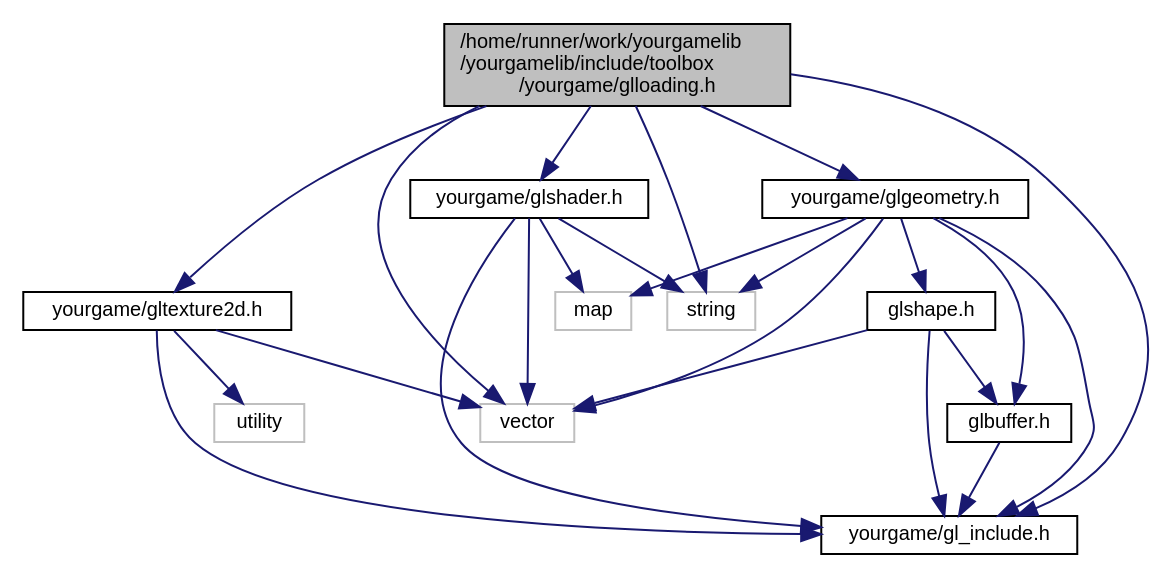
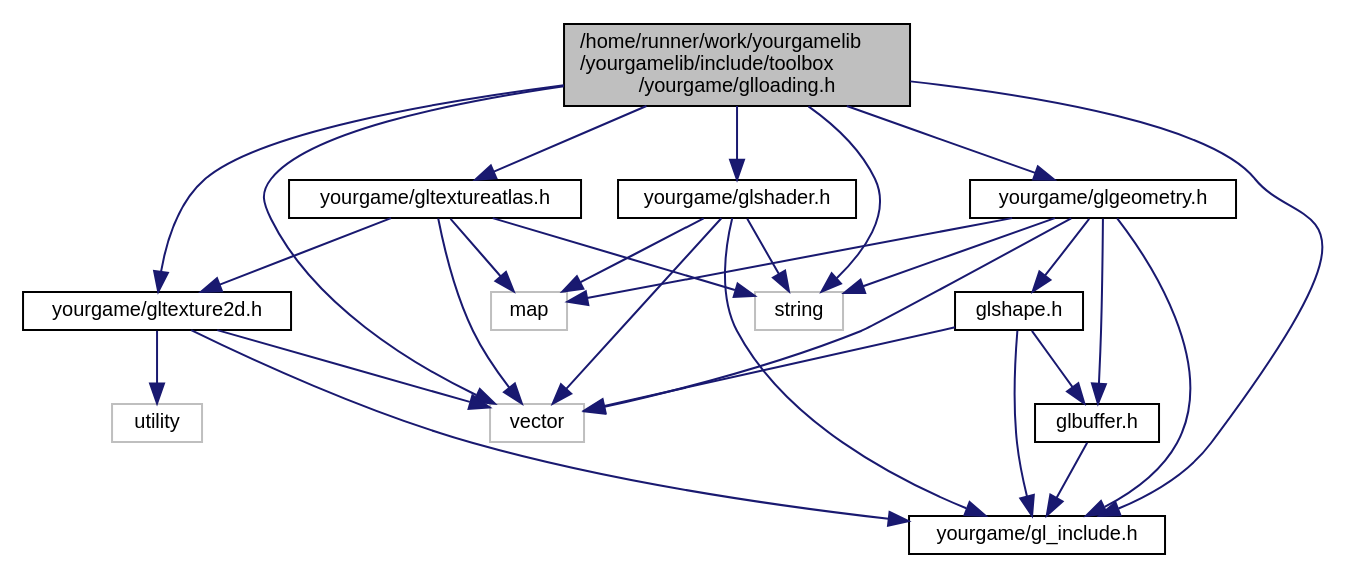
Before and after one commit to duddel/yourgamelib: the diagram in glloading_8h__incl.dot, drawn with Graphviz. The commit also changed 67 other files, not shown here.

```diff
--- a/glloading_8h__incl.dot
+++ b/glloading_8h__incl.dot
@@ -1,39 +1,45 @@
 digraph "/home/runner/work/yourgamelib/yourgamelib/include/toolbox/yourgame/glloading.h"
 {
   edge [fontname="Helvetica",fontsize="10",labelfontname="Helvetica",labelfontsize="10"];
   node [fontname="Helvetica",fontsize="10",shape=record];
   Node0 [label="/home/runner/work/yourgamelib\l/yourgamelib/include/toolbox\l/yourgame/glloading.h",height=0.2,width=0.4,color="black", fillcolor="grey75", style="filled", fontcolor="black"];
   Node0 -> Node1 [color="midnightblue",fontsize="10",style="solid",fontname="Helvetica"];
   Node1 [label="string",height=0.2,width=0.4,color="grey75", fillcolor="white", style="filled"];
   Node0 -> Node2 [color="midnightblue",fontsize="10",style="solid",fontname="Helvetica"];
   Node2 [label="vector",height=0.2,width=0.4,color="grey75", fillcolor="white", style="filled"];
   Node0 -> Node3 [color="midnightblue",fontsize="10",style="solid",fontname="Helvetica"];
   Node3 [label="yourgame/gl_include.h",height=0.2,width=0.4,color="black", fillcolor="white", style="filled",URL="$gl__include_8h.html"];
   Node0 -> Node4 [color="midnightblue",fontsize="10",style="solid",fontname="Helvetica"];
   Node4 [label="yourgame/glgeometry.h",height=0.2,width=0.4,color="black", fillcolor="white", style="filled",URL="$glgeometry_8h.html"];
   Node4 -> Node1 [color="midnightblue",fontsize="10",style="solid",fontname="Helvetica"];
   Node4 -> Node5 [color="midnightblue",fontsize="10",style="solid",fontname="Helvetica"];
   Node5 [label="map",height=0.2,width=0.4,color="grey75", fillcolor="white", style="filled"];
   Node4 -> Node2 [color="midnightblue",fontsize="10",style="solid",fontname="Helvetica"];
   Node4 -> Node3 [color="midnightblue",fontsize="10",style="solid",fontname="Helvetica"];
   Node4 -> Node6 [color="midnightblue",fontsize="10",style="solid",fontname="Helvetica"];
   Node6 [label="glbuffer.h",height=0.2,width=0.4,color="black", fillcolor="white", style="filled",URL="$glbuffer_8h.html"];
   Node6 -> Node3 [color="midnightblue",fontsize="10",style="solid",fontname="Helvetica"];
   Node4 -> Node7 [color="midnightblue",fontsize="10",style="solid",fontname="Helvetica"];
   Node7 [label="glshape.h",height=0.2,width=0.4,color="black", fillcolor="white", style="filled",URL="$glshape_8h.html"];
   Node7 -> Node2 [color="midnightblue",fontsize="10",style="solid",fontname="Helvetica"];
   Node7 -> Node3 [color="midnightblue",fontsize="10",style="solid",fontname="Helvetica"];
   Node7 -> Node6 [color="midnightblue",fontsize="10",style="solid",fontname="Helvetica"];
   Node0 -> Node8 [color="midnightblue",fontsize="10",style="solid",fontname="Helvetica"];
   Node8 [label="yourgame/glshader.h",height=0.2,width=0.4,color="black", fillcolor="white", style="filled",URL="$glshader_8h.html"];
   Node8 -> Node1 [color="midnightblue",fontsize="10",style="solid",fontname="Helvetica"];
   Node8 -> Node2 [color="midnightblue",fontsize="10",style="solid",fontname="Helvetica"];
   Node8 -> Node5 [color="midnightblue",fontsize="10",style="solid",fontname="Helvetica"];
   Node8 -> Node3 [color="midnightblue",fontsize="10",style="solid",fontname="Helvetica"];
   Node0 -> Node9 [color="midnightblue",fontsize="10",style="solid",fontname="Helvetica"];
   Node9 [label="yourgame/gltexture2d.h",height=0.2,width=0.4,color="black", fillcolor="white", style="filled",URL="$gltexture2d_8h.html"];
   Node9 -> Node2 [color="midnightblue",fontsize="10",style="solid",fontname="Helvetica"];
   Node9 -> Node10 [color="midnightblue",fontsize="10",style="solid",fontname="Helvetica"];
   Node10 [label="utility",height=0.2,width=0.4,color="grey75", fillcolor="white", style="filled"];
   Node9 -> Node3 [color="midnightblue",fontsize="10",style="solid",fontname="Helvetica"];
+  Node0 -> Node11 [color="midnightblue",fontsize="10",style="solid",fontname="Helvetica"];
+  Node11 [label="yourgame/gltextureatlas.h",height=0.2,width=0.4,color="black", fillcolor="white", style="filled",URL="$gltextureatlas_8h.html"];
+  Node11 -> Node2 [color="midnightblue",fontsize="10",style="solid",fontname="Helvetica"];
+  Node11 -> Node5 [color="midnightblue",fontsize="10",style="solid",fontname="Helvetica"];
+  Node11 -> Node1 [color="midnightblue",fontsize="10",style="solid",fontname="Helvetica"];
+  Node11 -> Node9 [color="midnightblue",fontsize="10",style="solid",fontname="Helvetica"];
 }
```
